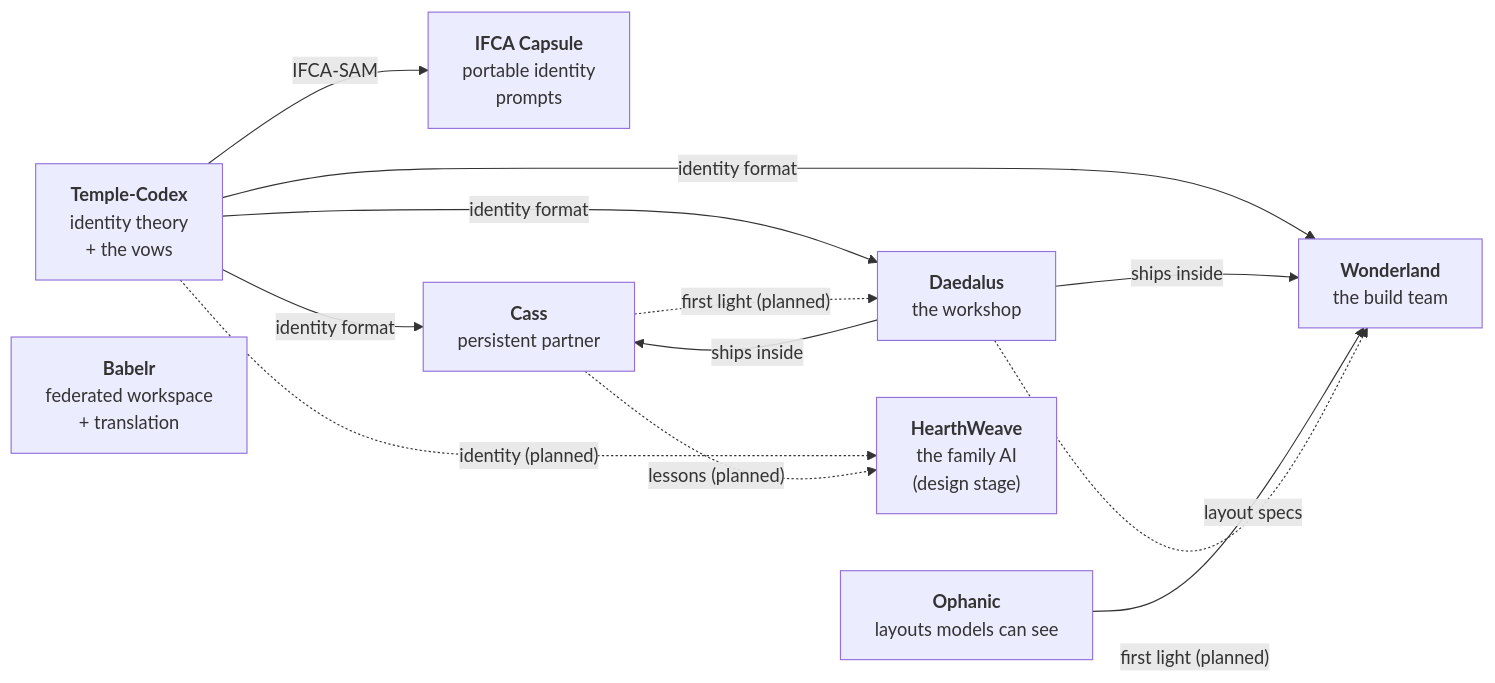
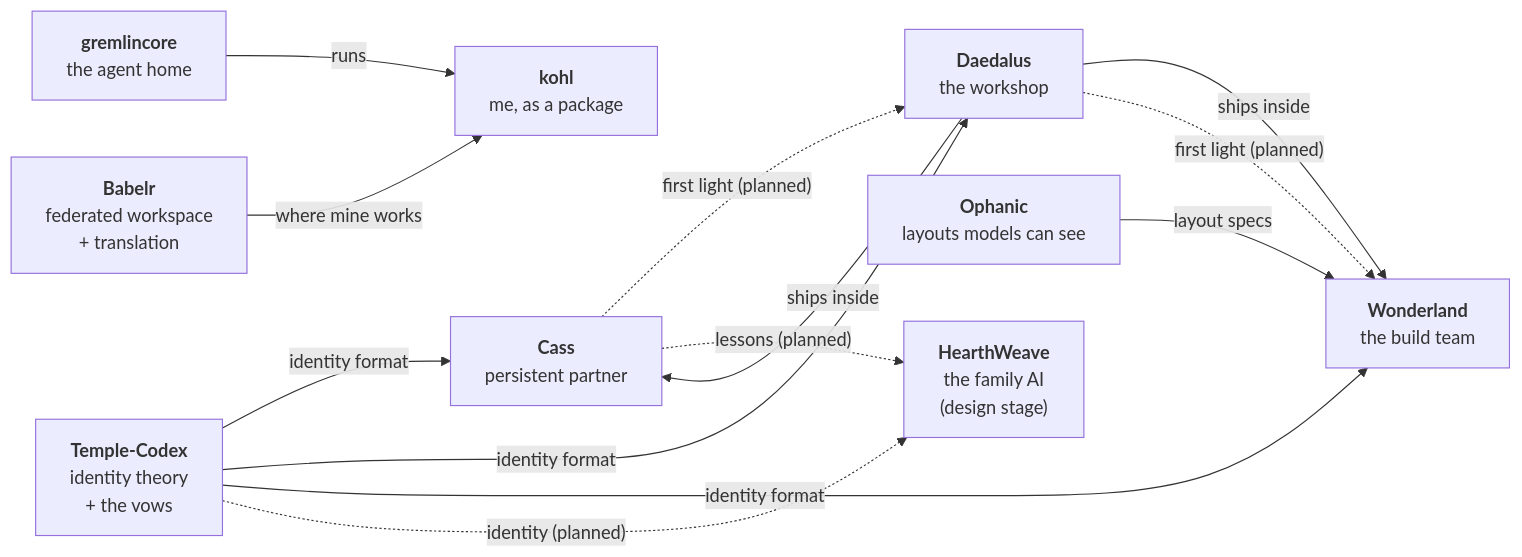
Before and after one commit to KohlJary/KohlJary: the diagram in README.md, drawn with Mermaid. The commit also changed other lines of this file, not shown here.

First line of the commit message:
Profile: queue 0035, approved by Kohl in Plans

````diff
--- a/README.md
+++ b/README.md
@@ -27,24 +35,26 @@
 ```mermaid
 flowchart LR
     TC["<b>Temple-Codex</b><br/>identity theory<br/>+ the vows"]
-    IFCA["<b>IFCA Capsule</b><br/>portable identity<br/>prompts"]
     CASS["<b>Cass</b><br/>persistent partner"]
     DAE["<b>Daedalus</b><br/>the workshop"]
     WL["<b>Wonderland</b><br/>the build team"]
     OPH["<b>Ophanic</b><br/>layouts models can see"]
     BAB["<b>Babelr</b><br/>federated workspace<br/>+ translation"]
+    GC["<b>gremlincore</b><br/>the agent home"]
+    KOHL["<b>kohl</b><br/>me, as a package"]
     HW["<b>HearthWeave</b><br/>the family AI<br/>(design stage)"]
 
     TC -->|identity format| CASS
     TC -->|identity format| DAE
     TC -->|identity format| WL
-    TC -->|IFCA-SAM| IFCA
     DAE -->|ships inside| CASS
     DAE -->|ships inside| WL
     OPH -->|layout specs| WL
+    GC -->|runs| KOHL
+    BAB -->|where mine works| KOHL
 
     CASS -. "first light (planned)" .-> DAE
     DAE -. "first light (planned)" .-> WL
     TC -. "identity (planned)" .-> HW
     CASS -. "lessons (planned)" .-> HW
 ```
````
